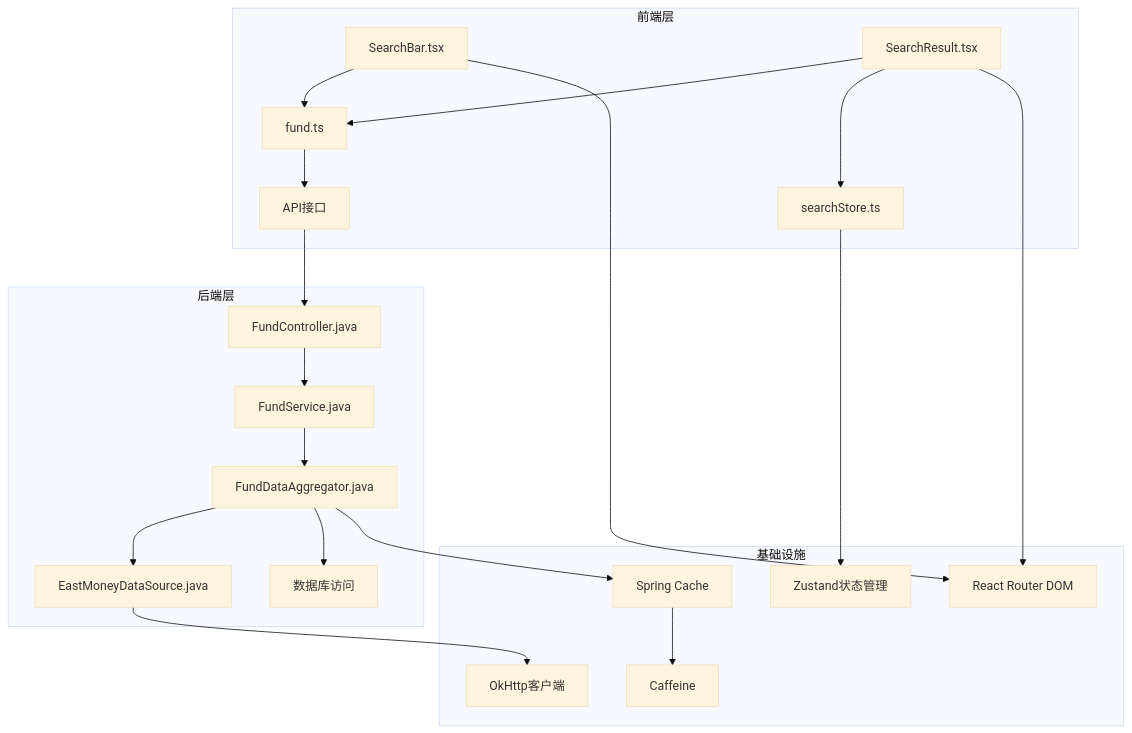
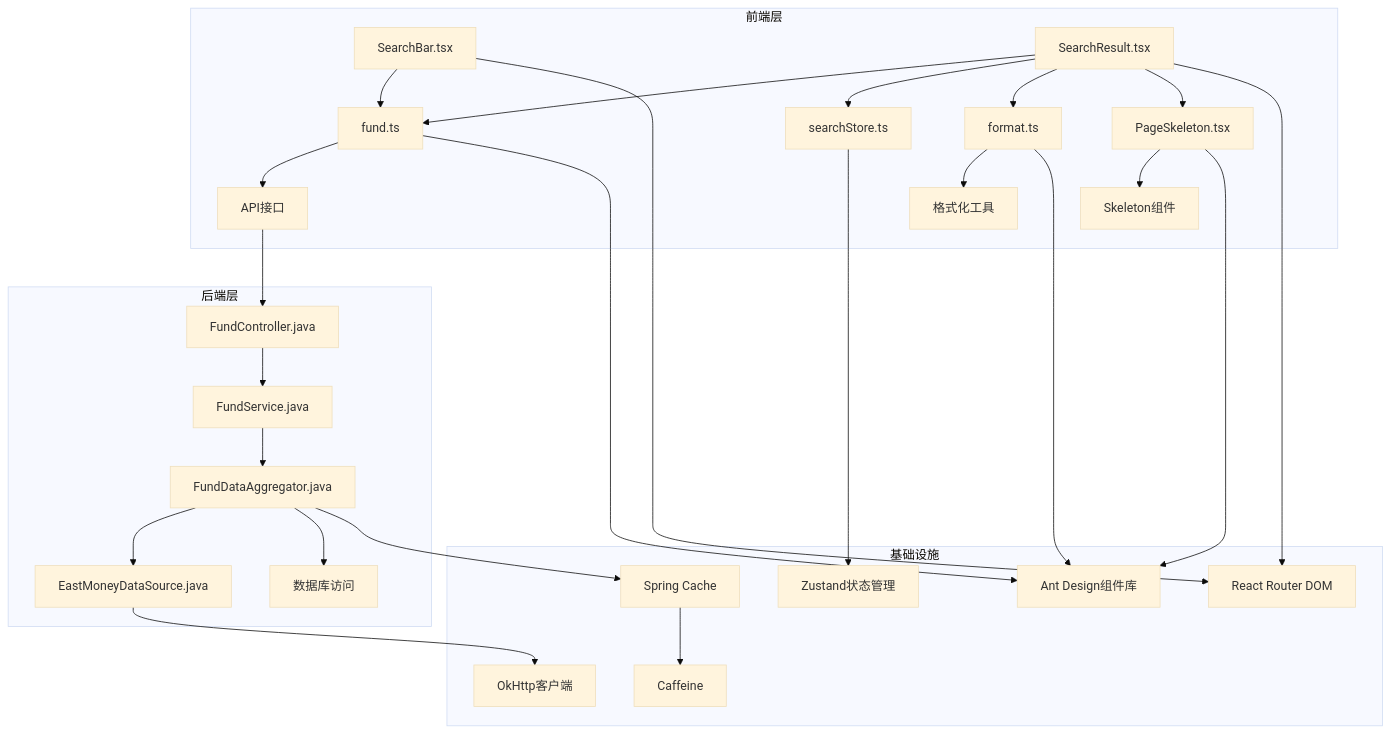
Before and after one commit to gree-coder/fund-butler: diagram 14 of 14 in .qoder/repowiki/zh/content/核心功能开发/搜索功能优化.md, drawn with Mermaid (base theme). The commit also changed other lines of this file and 21 other files, not shown here.

````diff
--- a/.qoder/repowiki/zh/content/核心功能开发/搜索功能优化.md
+++ b/.qoder/repowiki/zh/content/核心功能开发/搜索功能优化.md
@@ -352,29 +520,37 @@
 ```mermaid
 graph TB
 subgraph "前端层"
 A[SearchBar.tsx] --> B[fund.ts]
 C[SearchResult.tsx] --> B
 C --> D[searchStore.ts]
-B --> E[API接口]
+C --> E[format.ts]
+C --> F[PageSkeleton.tsx]
+B --> G[API接口]
+E --> H[格式化工具]
+F --> I[Skeleton组件]
 end
 subgraph "后端层"
-F[FundController.java] --> G[FundService.java]
-G --> H[FundDataAggregator.java]
-H --> I[EastMoneyDataSource.java]
-H --> J[数据库访问]
+J[FundController.java] --> K[FundService.java]
+K --> L[FundDataAggregator.java]
+L --> M[EastMoneyDataSource.java]
+L --> N[数据库访问]
 end
 subgraph "基础设施"
-K[Spring Cache]
-L[Caffeine]
-M[OkHttp客户端]
-N[Zustand状态管理]
-O[React Router DOM]
+O[Spring Cache]
+P[Caffeine]
+Q[OkHttp客户端]
+R[Zustand状态管理]
+S[React Router DOM]
+T[Ant Design组件库]
 end
-E --> F
-H --> K
-K --> L
-I --> M
-D --> N
-A --> O
-C --> O
+G --> J
+L --> O
+O --> P
+M --> Q
+D --> R
+A --> S
+C --> S
+B --> T
+E --> T
+F --> T
 ```
````
